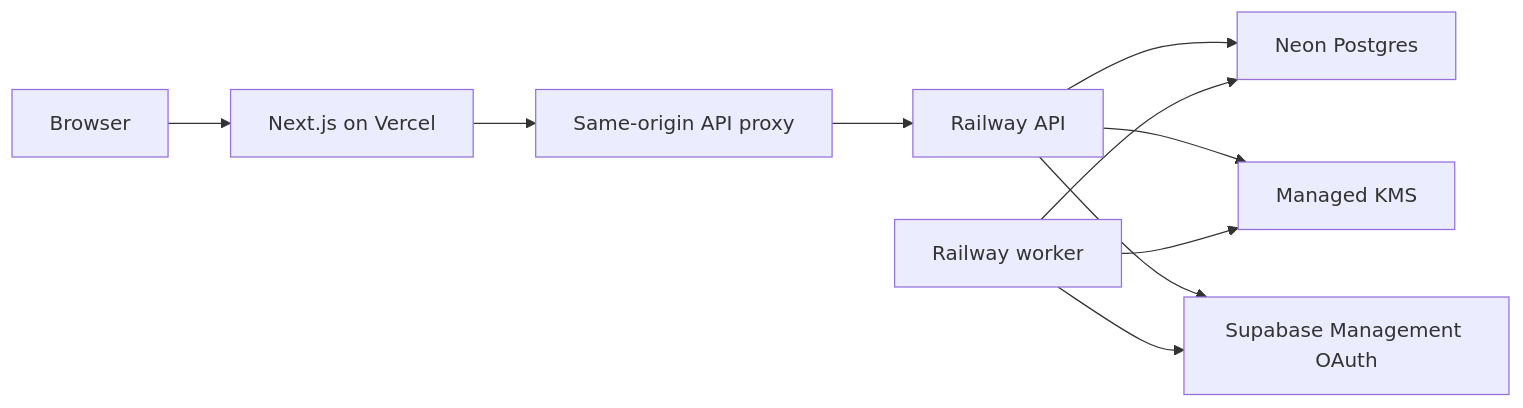
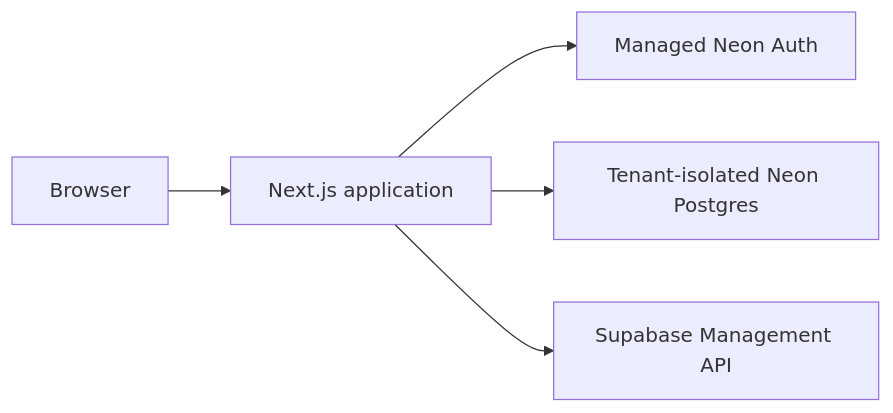
The diagram in docs/cloud-roadmap.md (krishna0605/supabase-harbor), drawn with Mermaid before and after one commit. The commit also changed other lines of this file and 10 other files, not shown here.

````diff
--- a/docs/cloud-roadmap.md
+++ b/docs/cloud-roadmap.md
@@ -9,12 +8,7 @@
 ```mermaid
 flowchart LR
-  Browser["Browser"] --> Web["Next.js on Vercel"]
-  Web --> Proxy["Same-origin API proxy"]
-  Proxy --> API["Railway API"]
-  API --> DB["Neon Postgres"]
-  API --> KMS["Managed KMS"]
-  API --> OAuth["Supabase Management OAuth"]
-  Worker["Railway worker"] --> DB
-  Worker --> KMS
-  Worker --> OAuth
+  Browser["Browser"] --> Next["Next.js application"]
+  Next --> Auth["Managed Neon Auth"]
+  Next --> DB["Tenant-isolated Neon Postgres"]
+  Next --> API["Supabase Management API"]
 ```
````
